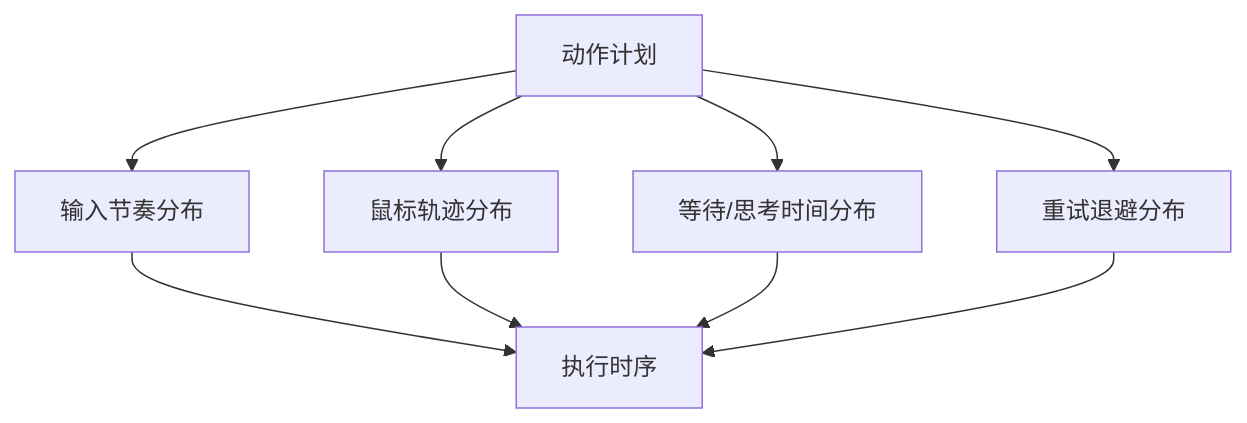
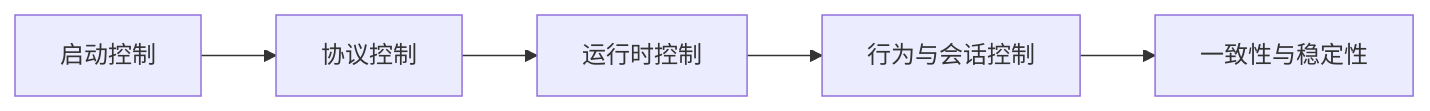
The third of 3 diagrams in docs/blog/agent-browser-stealth-attack-defense-playbook.zh-CN.md (leeguooooo/chrome-use), drawn with Mermaid before and after one commit. The commit also changed other lines of this file and 15 other files, not shown here.

````diff
--- a/docs/blog/agent-browser-stealth-attack-defense-playbook.zh-CN.md
+++ b/docs/blog/agent-browser-stealth-attack-defense-playbook.zh-CN.md
@@ -111,11 +125,7 @@
 ```mermaid
-flowchart TD
-  A["动作计划"] --> B["输入节奏分布"]
-  A --> C["鼠标轨迹分布"]
-  A --> D["等待/思考时间分布"]
-  A --> E["重试退避分布"]
-  B --> F["执行时序"]
-  C --> F
-  D --> F
-  E --> F
+flowchart LR
+  A["启动控制"] --> B["协议控制"]
+  B --> C["运行时控制"]
+  C --> D["行为与会话控制"]
+  D --> E["一致性与稳定性"]
 ```
````
